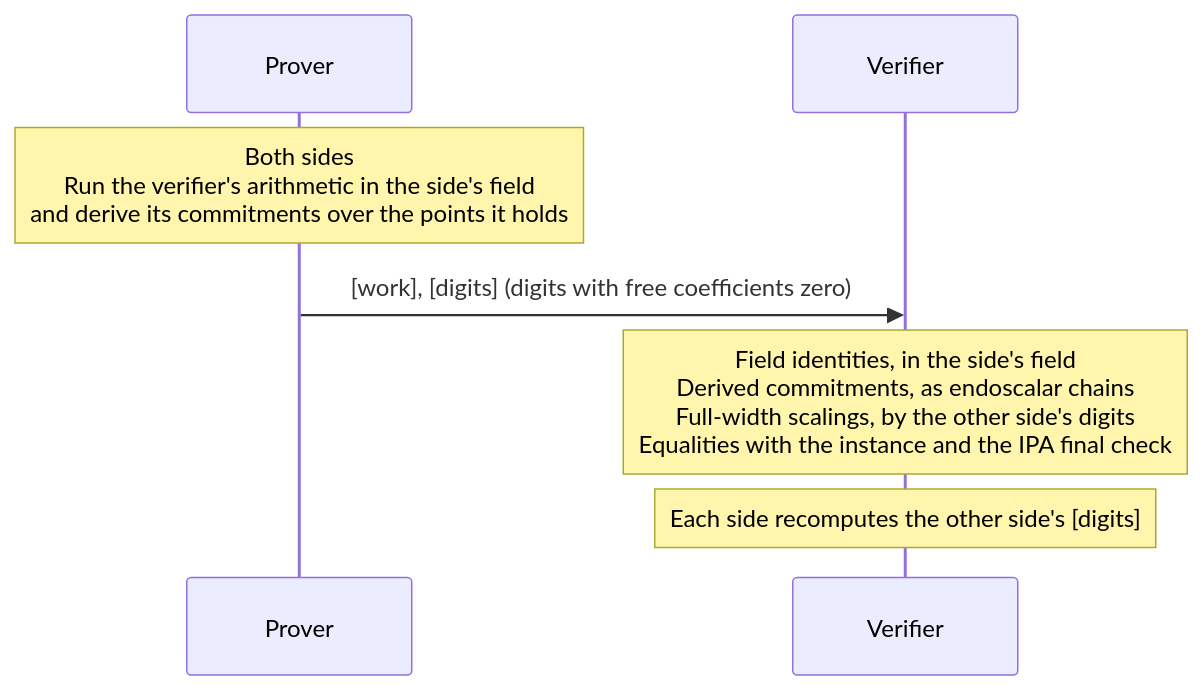
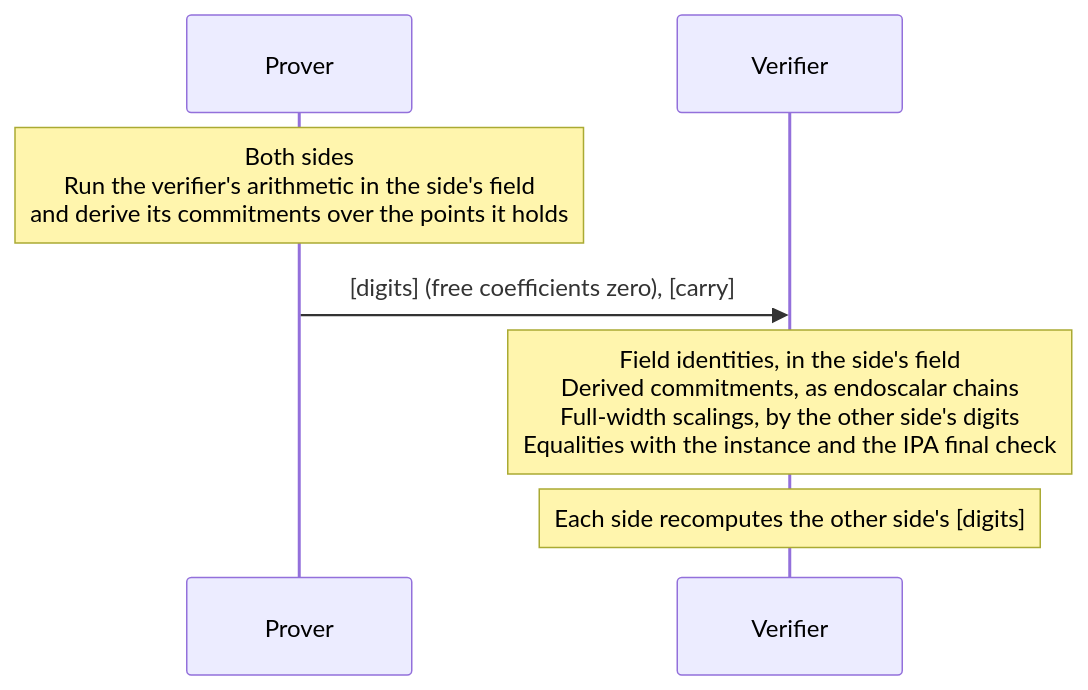
Before and after one commit to tachyon-zcash/ragu: the fourth of 5 diagrams in book/src/protocol/recursion/decompression.md, drawn with Mermaid. The commit also changed other lines of this file and 1 other file, not shown here.

````diff
--- a/book/src/protocol/recursion/decompression.md
+++ b/book/src/protocol/recursion/decompression.md
@@ -193,9 +194,9 @@
 ```mermaid
 sequenceDiagram
     participant P as Prover
     participant V as Verifier
     Note over P: Both sides<br/>Run the verifier's arithmetic in the side's field<br/>and derive its commitments over the points it holds
-    P->>V: [work], [digits] (digits with free coefficients zero)
+    P->>V: [digits] (free coefficients zero), [carry]
     Note over V: Field identities, in the side's field<br/>Derived commitments, as endoscalar chains<br/>Full-width scalings, by the other side's digits<br/>Equalities with the instance and the IPA final check
     Note over V: Each side recomputes the other side's [digits]
 ```
````
